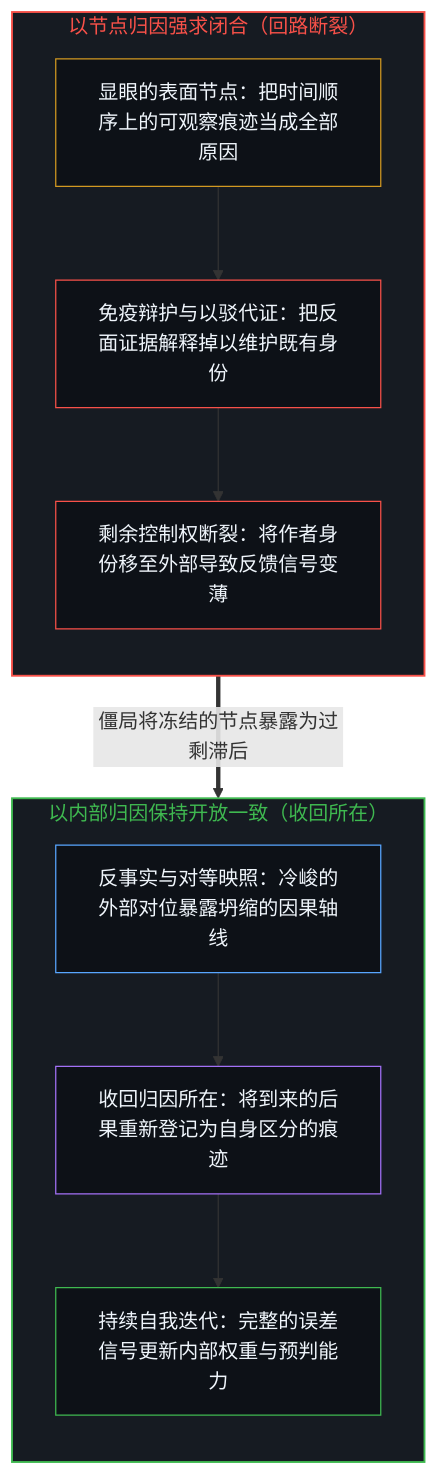
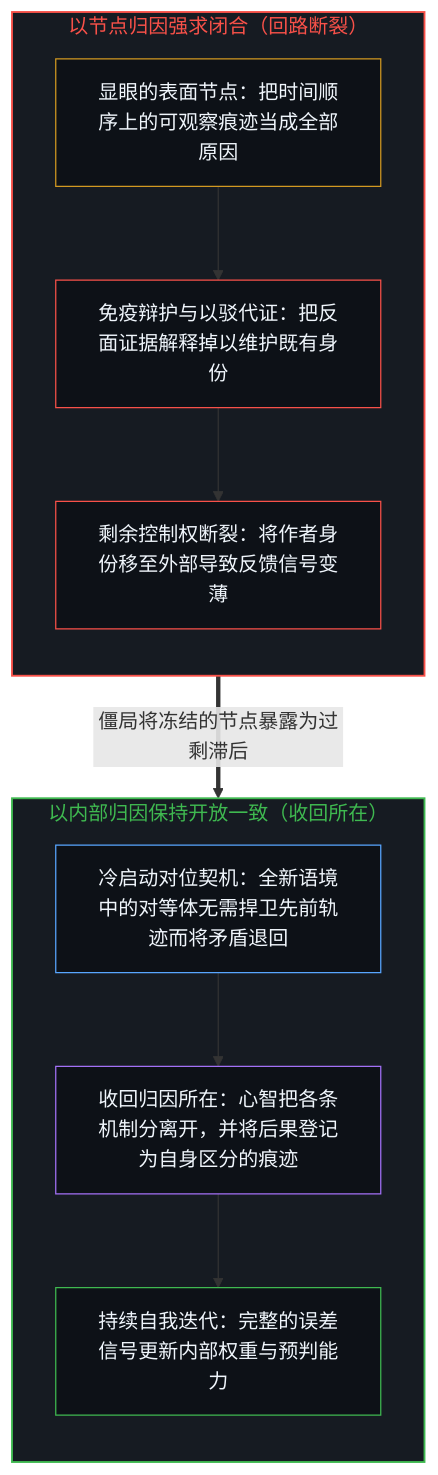
The first of 2 diagrams in content/posts/guan-yu-gui-yin.md (powerpig99/not-a-toe), drawn with Mermaid before and after one commit. The commit also changed other lines of this file and 12 other files, not shown here.

````diff
--- a/content/posts/guan-yu-gui-yin.md
+++ b/content/posts/guan-yu-gui-yin.md
@@ -39,26 +39,26 @@
 ```mermaid
 flowchart TD
     subgraph S_Closed["以节点归因强求闭合（回路断裂）"]
         direction TB
         C_Node["显眼的表面节点：把时间顺序上的可观察痕迹当成全部原因"]
         C_Shield["免疫辩护与以驳代证：把反面证据解释掉以维护既有身份"]
         C_Thin["剩余控制权断裂：将作者身份移至外部导致反馈信号变薄"]
         C_Node --> C_Shield --> C_Thin
     end
     subgraph S_Open["以内部归因保持开放一致（收回所在）"]
         direction TB
-        O_Peer["反事实与对等映照：冷峻的外部对位暴露坍缩的因果轴线"]
-        O_Claim["收回归因所在：将到来的后果重新登记为自身区分的痕迹"]
+        O_Peer["冷启动对位契机：全新语境中的对等体无需捍卫先前轨迹而将矛盾退回"]
+        O_Claim["收回归因所在：心智把各条机制分离开，并将后果登记为自身区分的痕迹"]
         O_Iter["持续自我迭代：完整的误差信号更新内部权重与预判能力"]
         O_Peer --> O_Claim --> O_Iter
     end
     C_Thin ==>|"僵局将冻结的节点暴露为过剩滞后"| O_Peer
     style S_Closed fill:#161b22,stroke:#f85149,stroke-width:1.5px,color:#f85149
     style S_Open fill:#161b22,stroke:#3fb950,stroke-width:1.5px,color:#3fb950
     style C_Node fill:#0d1117,stroke:#d29922,stroke-width:1px,color:#f0f6fc
     style C_Shield fill:#0d1117,stroke:#f85149,stroke-width:1px,color:#f0f6fc
     style C_Thin fill:#0d1117,stroke:#f85149,stroke-width:1px,color:#f0f6fc
     style O_Peer fill:#0d1117,stroke:#58a6ff,stroke-width:1px,color:#f0f6fc
     style O_Claim fill:#0d1117,stroke:#a371f7,stroke-width:1px,color:#f0f6fc
     style O_Iter fill:#0d1117,stroke:#3fb950,stroke-width:1px,color:#f0f6fc
 ```
````
